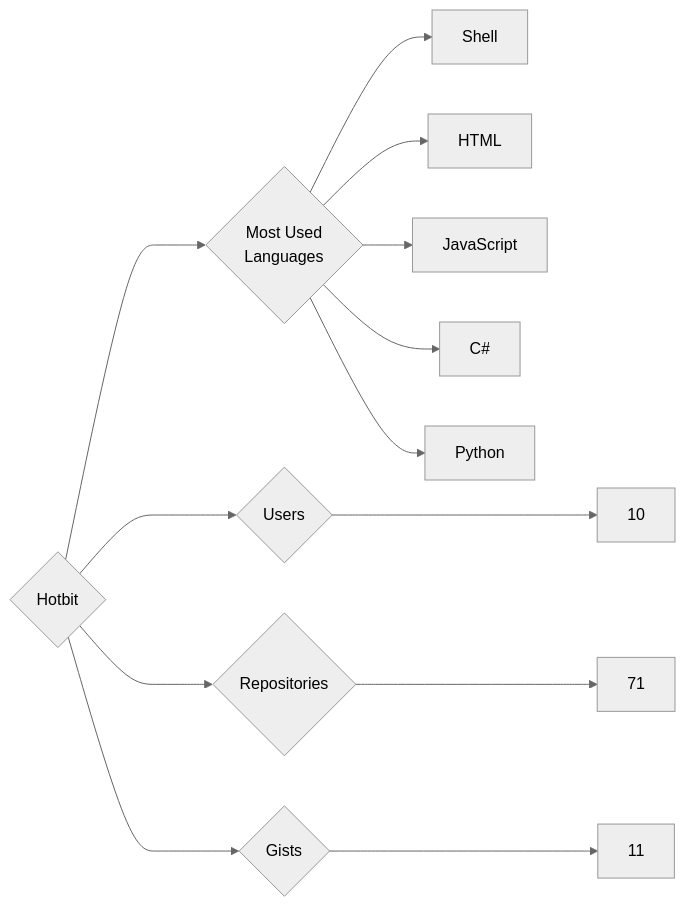
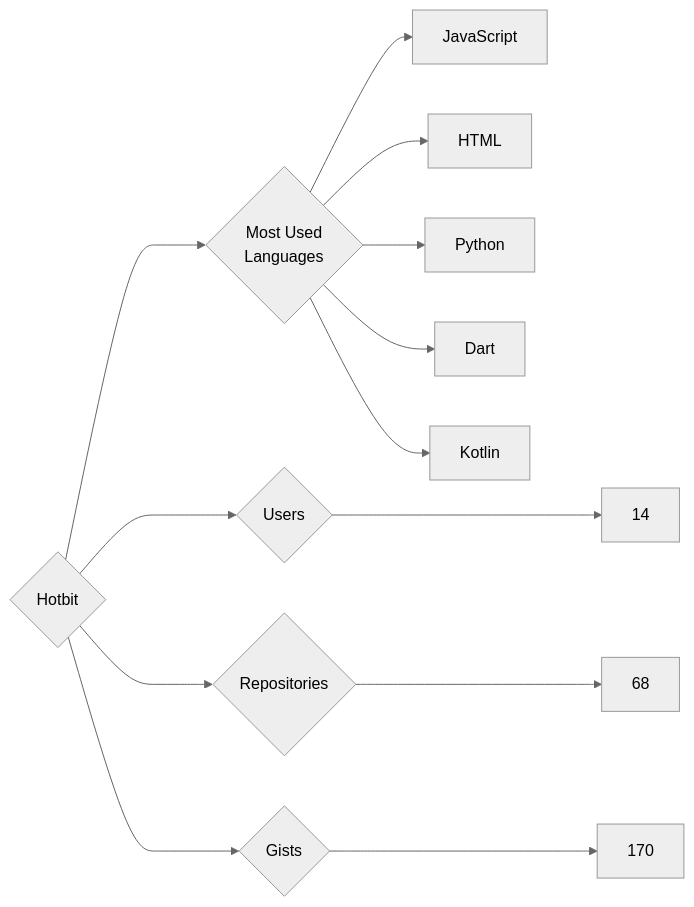
One commit to trickest/insiders changed the diagram in targets/Hotbit/README.md. Above: the diagram before and after it, drawn with Mermaid (neutral theme). The commit also changed 1212 other files, not shown here.

````diff
--- a/targets/Hotbit/README.md
+++ b/targets/Hotbit/README.md
@@ -3,13 +3,13 @@
 ```mermaid
 graph LR
 COMPANY_NAME{Hotbit}
-COMPANY_NAME ---> U{Users} ---> UN[10]
-COMPANY_NAME ---> R{Repositories} ---> RN[71]
-COMPANY_NAME ---> G{Gists} ---> GN[11]
+COMPANY_NAME ---> U{Users} ---> UN[14]
+COMPANY_NAME ---> R{Repositories} ---> RN[68]
+COMPANY_NAME ---> G{Gists} ---> GN[170]
 COMPANY_NAME ---> ML{Most Used<br>Languages}
-ML --> Shell[Shell]
+ML --> JavaScript[JavaScript]
 ML --> HTML[HTML]
-ML --> JavaScript[JavaScript]
-ML --> C#[C#]
 ML --> Python[Python]
+ML --> Dart[Dart]
+ML --> Kotlin[Kotlin]
 ```
````
